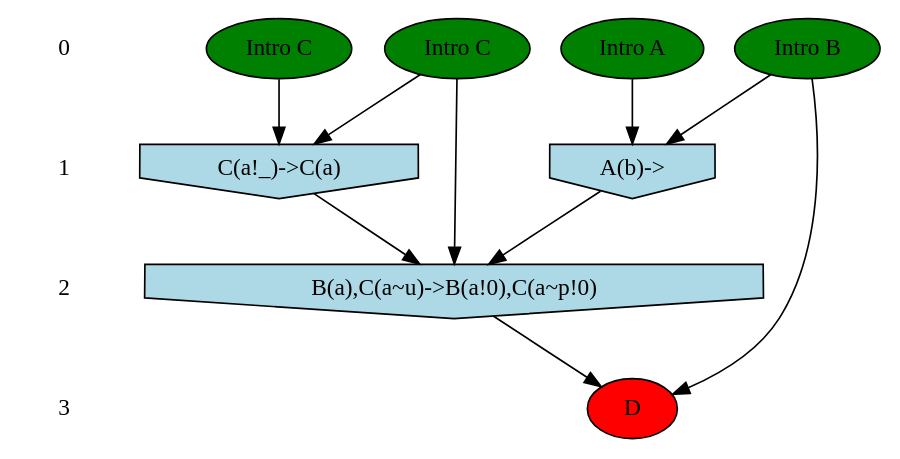
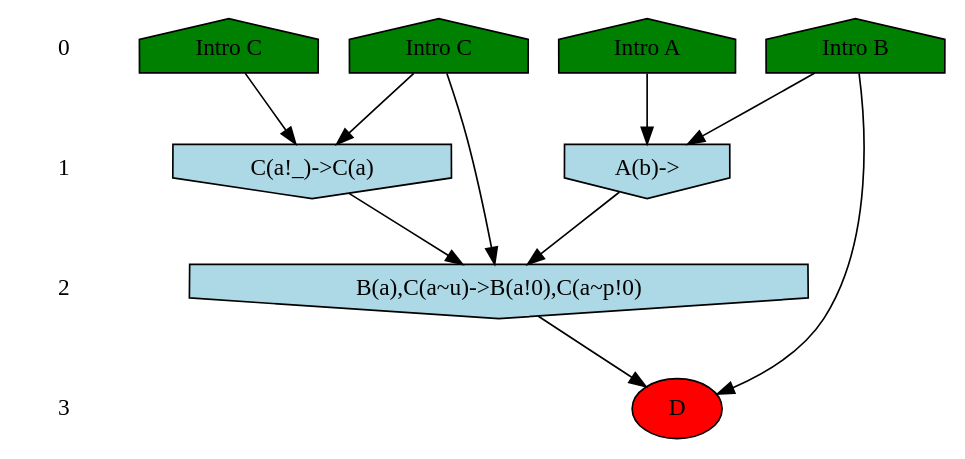
The diagram in models/stories/side-effects2/expected-output/cflowWeaklyCompressed_1.dot (Kappa-Dev/KappaTools), drawn with Graphviz before and after one commit. The commit also changed 46 other files, not shown here.

```diff
--- a/models/stories/side-effects2/expected-output/cflowWeaklyCompressed_1.dot
+++ b/models/stories/side-effects2/expected-output/cflowWeaklyCompressed_1.dot
@@ -1,32 +1,32 @@
 /* Compression of 7 causal flows obtained in average at 5.022315E-01 t.u */
 /* Compressed causal flows were: [10;8;6;4;3;2;1] */
 digraph G{
  ranksep=.5 ; 
-{ rank = same ; "0" [shape=plaintext] ; node_1 [label ="Intro A", style=filled,fillcolor=green] ;
-node_2 [label ="Intro B", style=filled,fillcolor=green] ;
-node_3 [label ="Intro C", style=filled,fillcolor=green] ;
-node_4 [label ="Intro C", style=filled,fillcolor=green] ;
+{ rank = same ; "0" [shape=plaintext] ; node_1 [label ="Intro A", shape=house, style=filled, fillcolor=green] ;
+node_2 [label ="Intro B", shape=house, style=filled, fillcolor=green] ;
+node_3 [label ="Intro C", shape=house, style=filled, fillcolor=green] ;
+node_4 [label ="Intro C", shape=house, style=filled, fillcolor=green] ;
 }
 { rank = same ; "1" [shape=plaintext] ; node_5 [label="C(a!_)->C(a)", shape=invhouse, style=filled, fillcolor = lightblue] ;
 node_6 [label="A(b)->", shape=invhouse, style=filled, fillcolor = lightblue] ;
 }
 { rank = same ; "2" [shape=plaintext] ; node_7 [label="B(a),C(a~u)->B(a!0),C(a~p!0)", shape=invhouse, style=filled, fillcolor = lightblue] ;
 }
 { rank = same ; "3" [shape=plaintext] ; node_8 [label ="D", style=filled, fillcolor=red] ;
 }
 "0" -> "1" [style="invis"]; 
 "1" -> "2" [style="invis"]; 
 "2" -> "3" [style="invis"]; 
 node_3 -> node_5
 node_4 -> node_5
 node_1 -> node_6
 node_2 -> node_6
 node_3 -> node_7
 node_5 -> node_7
 node_6 -> node_7
 node_2 -> node_8
 node_7 -> node_8
 }
 /*
  Dot generation time: 0.000000
 */
```
